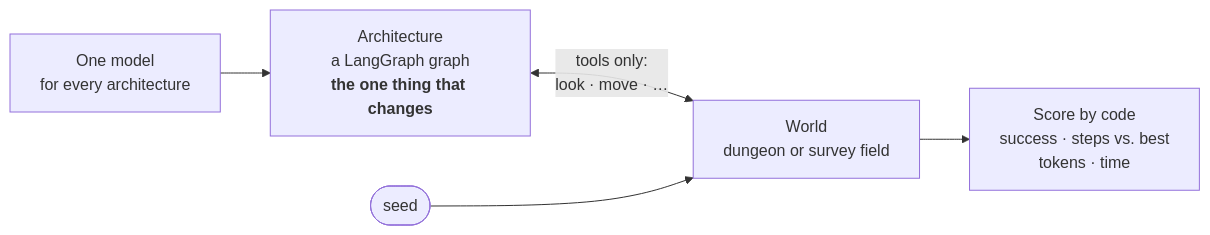
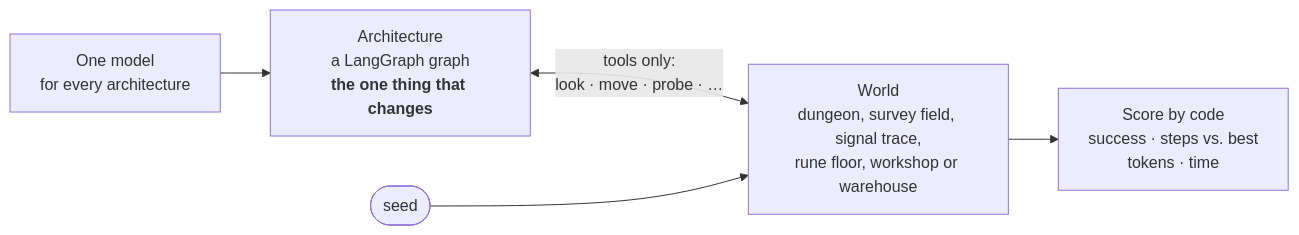
The first of 5 diagrams in README.md (chrysogonus/agent-patterns-lab), drawn with Mermaid before and after one commit. The commit also changed other lines of this file and 265 other files, not shown here.

````diff
--- a/README.md
+++ b/README.md
@@ -22,7 +23,7 @@
 ```mermaid
 flowchart LR
     model["One model<br/>for every architecture"] --> arch["Architecture<br/>a LangGraph graph<br/><b>the one thing that changes</b>"]
-    arch <-->|"tools only:<br/>look · move · …"| world["World<br/>dungeon or survey field"]
+    arch <-->|"tools only:<br/>look · move · probe · …"| world["World<br/>dungeon, survey field, signal trace,<br/>rune floor, workshop or warehouse"]
     seed(["seed"]) --> world
     world --> score["Score by code<br/>success · steps vs. best<br/>tokens · time"]
 ```
````
